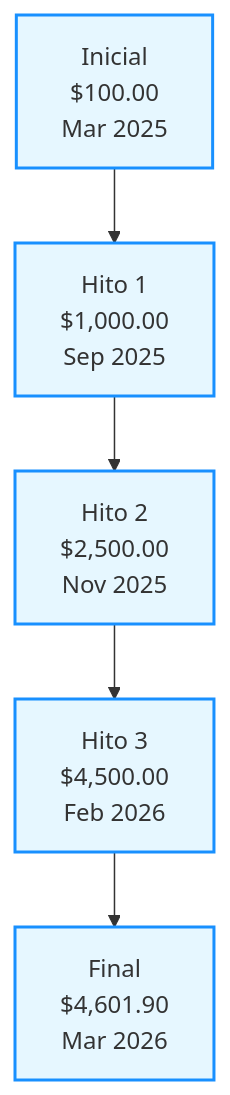
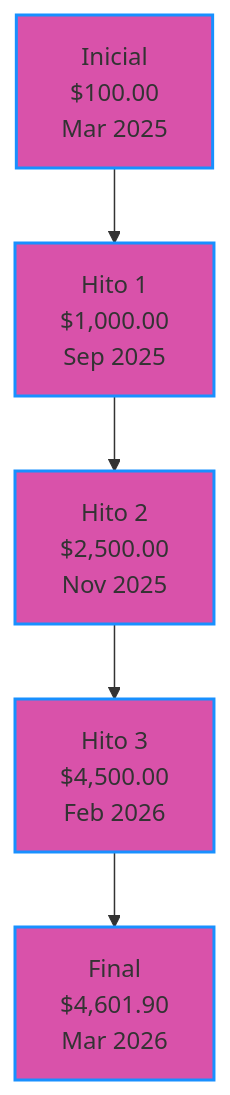
One commit to CryptoPlazaHQ/CryptoPlaza changed the first of 6 diagrams in Rastreador_Financiero_init.md. Above: the diagram before and after it, drawn with Mermaid.

````diff
--- a/Rastreador_Financiero_init.md
+++ b/Rastreador_Financiero_init.md
@@ -41,15 +41,15 @@
 ```mermaid
 graph TD
-    style A fill:#e6f7ff,stroke:#1890ff,stroke-width:2px
-    style B fill:#e6f7ff,stroke:#1890ff,stroke-width:2px
-    style C fill:#e6f7ff,stroke:#1890ff,stroke-width:2px
-    style D fill:#e6f7ff,stroke:#1890ff,stroke-width:2px
-    style E fill:#e6f7ff,stroke:#1890ff,stroke-width:2px
+    style A fill:#d952aa,stroke:#1890ff,stroke-width:2px
+    style B fill:#d952aa,stroke:#1890ff,stroke-width:2px
+    style C fill:#d952aa,stroke:#1890ff,stroke-width:2px
+    style D fill:#d952aa,stroke:#1890ff,stroke-width:2px
+    style E fill:#d952aa,stroke:#1890ff,stroke-width:2px
     
     A["Inicial<br/>$100.00<br/>Mar 2025"] --> B["Hito 1<br/>$1,000.00<br/>Sep 2025"]
     B --> C["Hito 2<br/>$2,500.00<br/>Nov 2025"]
     C --> D["Hito 3<br/>$4,500.00<br/>Feb 2026"]
     D --> E["Final<br/>$4,601.90<br/>Mar 2026"]
     
     classDef default fill:#f9f9f9,stroke:#333,stroke-width:1px;
 ```
````
